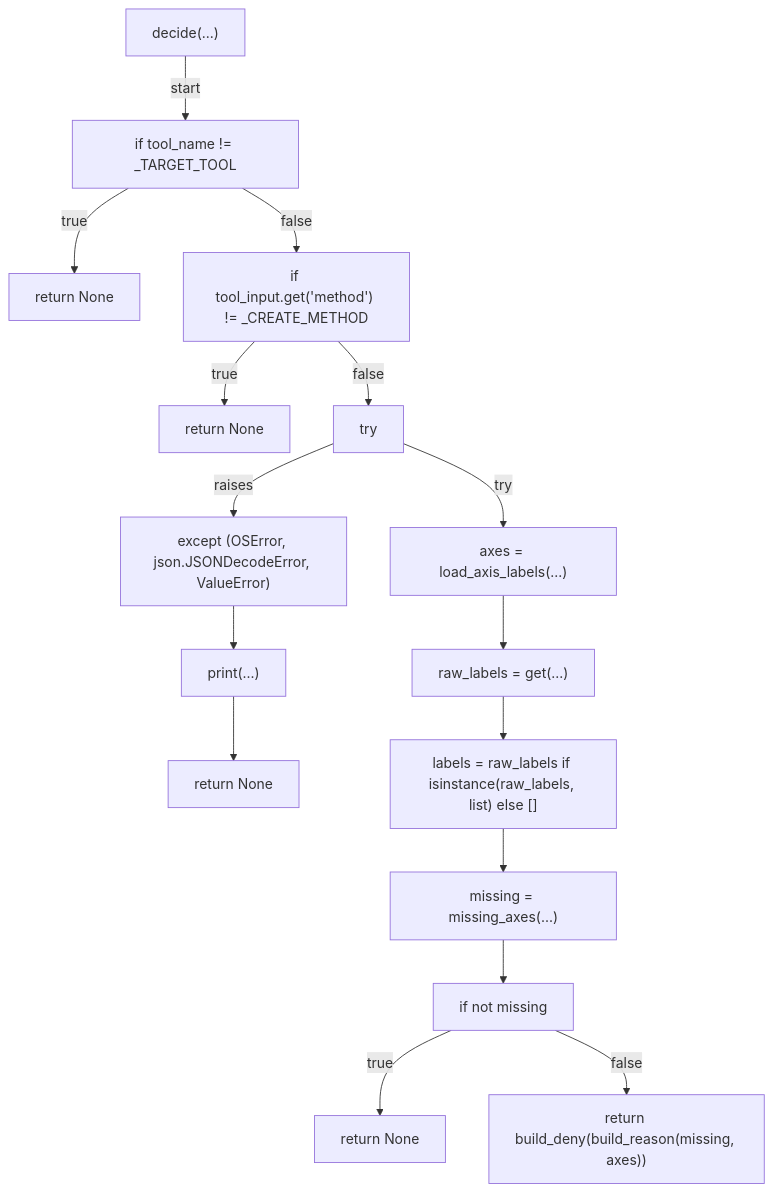
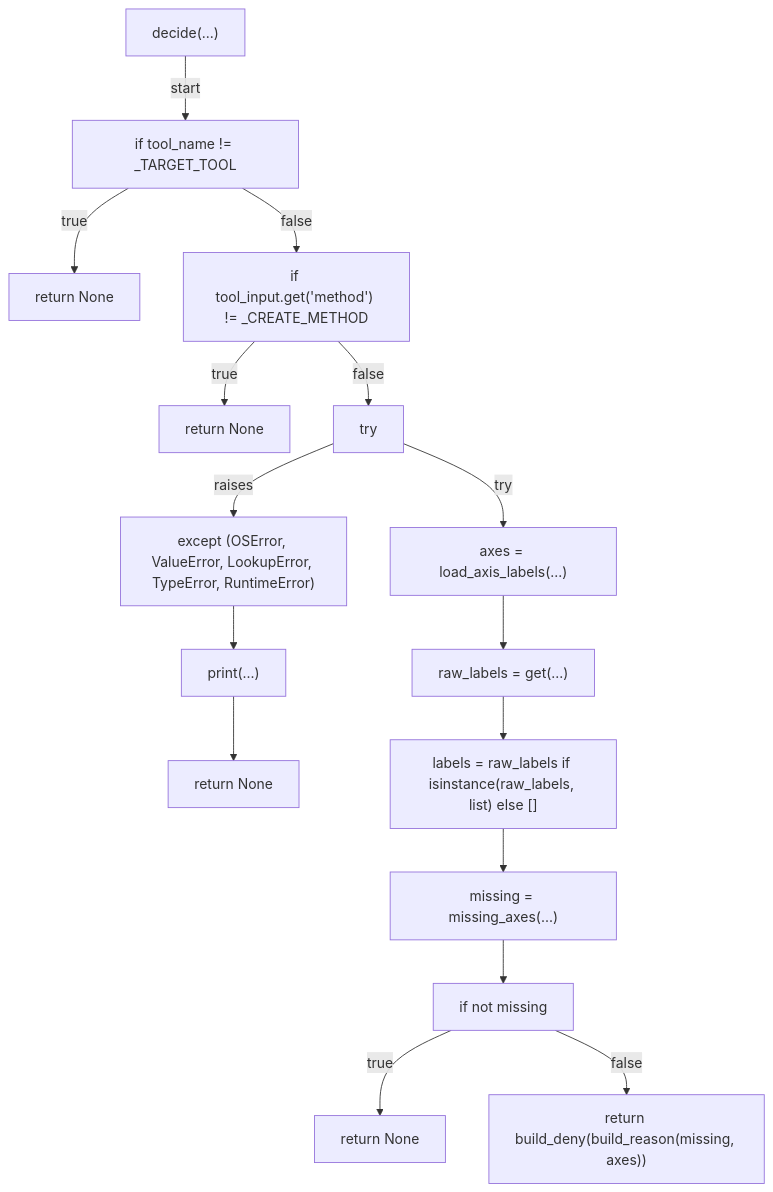
One commit to tvna/claude-md changed the fifth of 6 diagrams in docs/generated/scripts/ast/gate_issue_classification_labels.md. Above: the diagram before and after it, drawn with Mermaid. The commit also changed other lines of this file and 3 other files, not shown here.

First line of the commit message:
docs(generated): regenerate decision tree and workflow diagrams

````diff
--- a/docs/generated/scripts/ast/gate_issue_classification_labels.md
+++ b/docs/generated/scripts/ast/gate_issue_classification_labels.md
@@ -58,34 +67,34 @@
 ```mermaid
 flowchart TD
     N001["decide(...)"]
     N002["if tool_name != _TARGET_TOOL"]
     N003["return None"]
     N004["if tool_input.get('method') != _CREATE_METHOD"]
     N005["return None"]
     N006["try"]
     N007["axes = load_axis_labels(...)"]
-    N008["except (OSError, json.JSONDecodeError, ValueError)"]
+    N008["except (OSError, ValueError, LookupError, TypeError, RuntimeError)"]
     N009["print(...)"]
     N010["return None"]
     N011["raw_labels = get(...)"]
     N012["labels = raw_labels if isinstance(raw_labels, list) else []"]
     N013["missing = missing_axes(...)"]
     N014["if not missing"]
     N015["return None"]
     N016["return build_deny(build_reason(missing, axes))"]
     N001 -->|"start"| N002
     N002 -->|"true"| N003
     N002 -->|"false"| N004
     N004 -->|"true"| N005
     N004 -->|"false"| N006
     N006 -->|"try"| N007
     N006 -->|"raises"| N008
     N008 --> N009
     N009 --> N010
     N007 --> N011
     N011 --> N012
     N012 --> N013
     N013 --> N014
     N014 -->|"true"| N015
     N014 -->|"false"| N016
 ```
````
